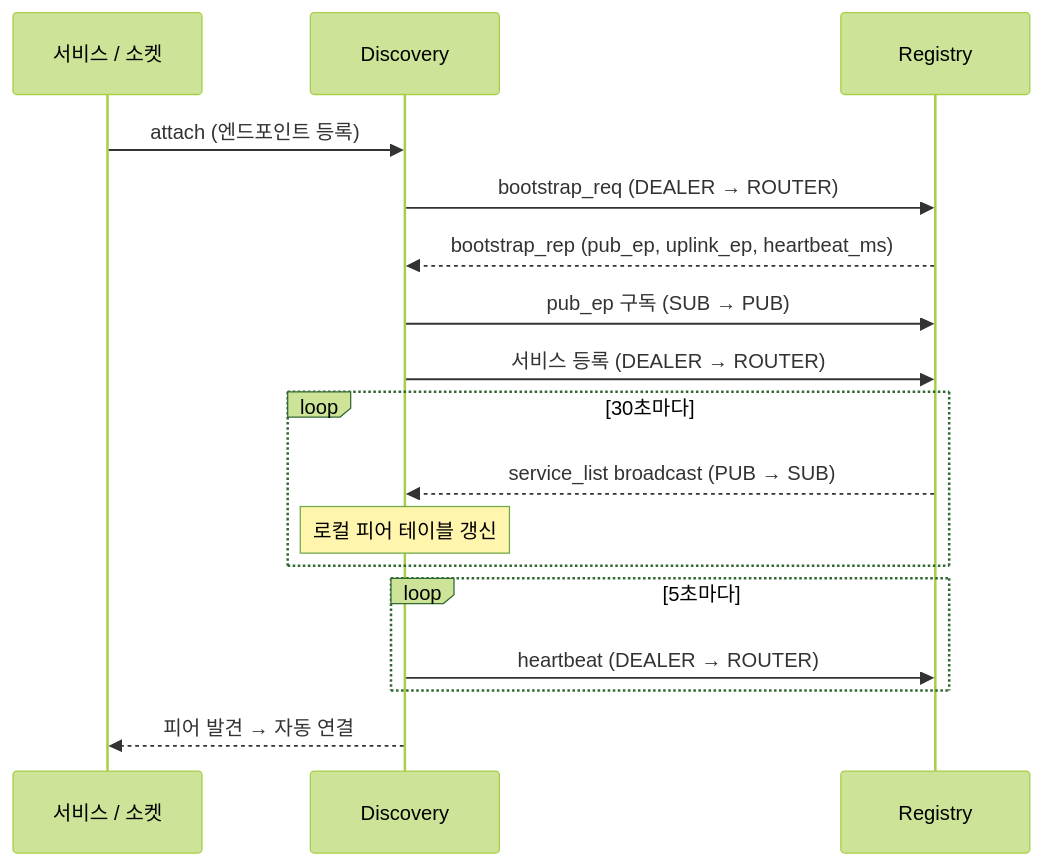
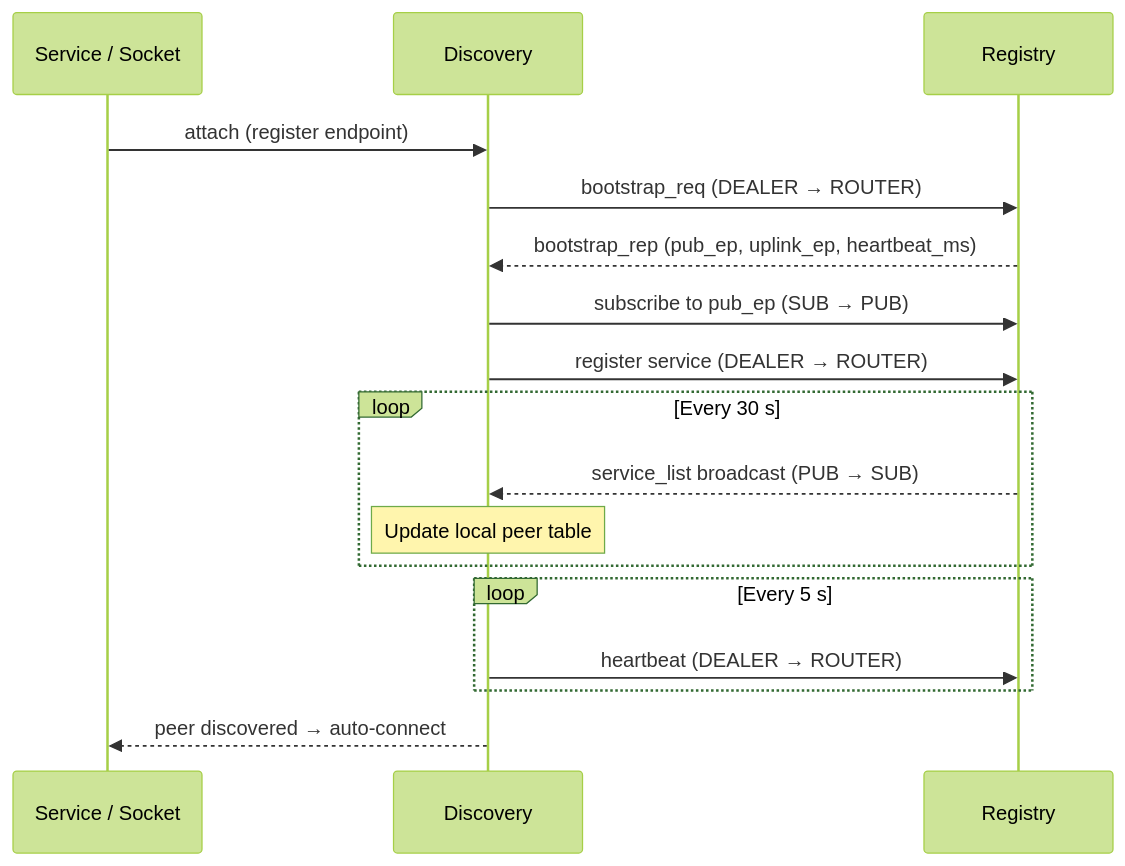
The second of 3 diagrams in doc/guide/07-1-discovery.ko.md (kairos-code-dev/zlink), drawn with Mermaid (forest theme) before and after one commit. The commit also changed other lines of this file and 53 other files, not shown here.

````diff
--- a/doc/guide/07-1-discovery.ko.md
+++ b/doc/guide/07-1-discovery.ko.md
@@ -117,23 +117,23 @@
 ```mermaid
 sequenceDiagram
-    participant Svc as 서비스 / 소켓
+    participant Svc as Service / Socket
     participant Disc as Discovery
     participant Reg as Registry
 
-    Svc->>Disc: attach (엔드포인트 등록)
+    Svc->>Disc: attach (register endpoint)
     Disc->>Reg: bootstrap_req (DEALER → ROUTER)
     Reg-->>Disc: bootstrap_rep (pub_ep, uplink_ep, heartbeat_ms)
-    Disc->>Reg: pub_ep 구독 (SUB → PUB)
-    Disc->>Reg: 서비스 등록 (DEALER → ROUTER)
+    Disc->>Reg: subscribe to pub_ep (SUB → PUB)
+    Disc->>Reg: register service (DEALER → ROUTER)
 
-    loop 30초마다
+    loop Every 30 s
         Reg-->>Disc: service_list broadcast (PUB → SUB)
-        Note over Disc: 로컬 피어 테이블 갱신
+        Note over Disc: Update local peer table
     end
 
-    loop 5초마다
+    loop Every 5 s
         Disc->>Reg: heartbeat (DEALER → ROUTER)
     end
 
-    Disc-->>Svc: 피어 발견 → 자동 연결
+    Disc-->>Svc: peer discovered → auto-connect
 ```
````
